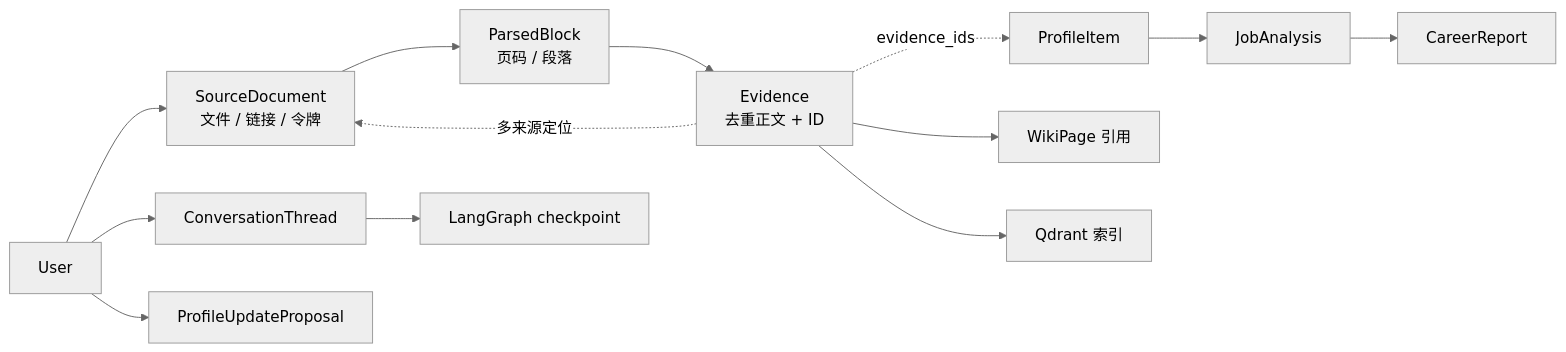
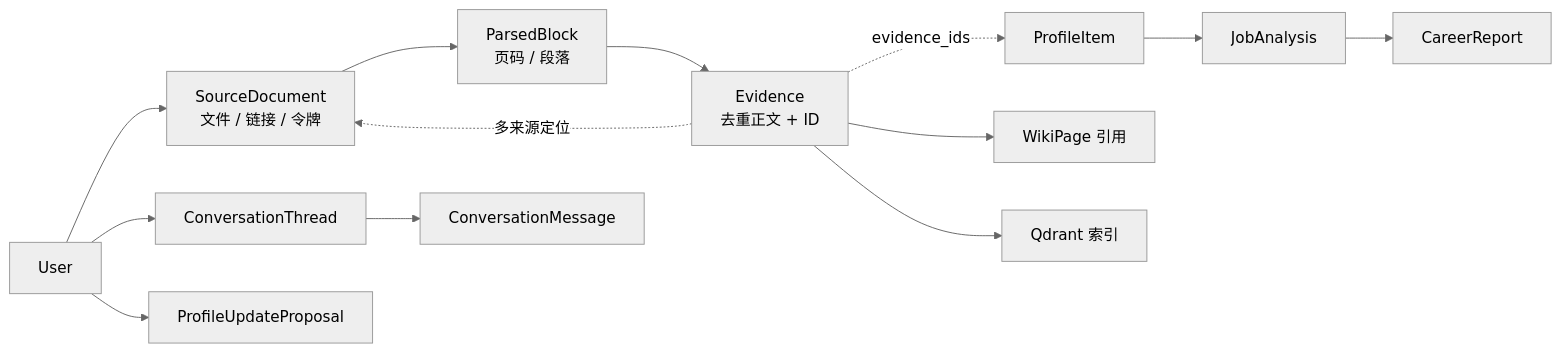
The diagram in docs/data-and-evidence.md (wenmo-yu/careerlens), drawn with Mermaid (neutral theme) before and after one commit. The commit also changed other lines of this file and 125 other files, not shown here.

````diff
--- a/docs/data-and-evidence.md
+++ b/docs/data-and-evidence.md
@@ -7,15 +7,15 @@
 ```mermaid
 flowchart LR
   U[User] --> S[SourceDocument<br/>文件 / 链接 / 令牌]
   S --> B[ParsedBlock<br/>页码 / 段落]
   B --> E[Evidence<br/>去重正文 + ID]
   E -. 多来源定位 .-> S
   E -. evidence_ids .-> P[ProfileItem]
   P --> J[JobAnalysis]
   J --> R[CareerReport]
   E --> W[WikiPage 引用]
   E --> Q[Qdrant 索引]
   U --> T[ConversationThread]
-  T --> C[LangGraph checkpoint]
+  T --> C[ConversationMessage]
   U --> PP[ProfileUpdateProposal]
 ```
````
